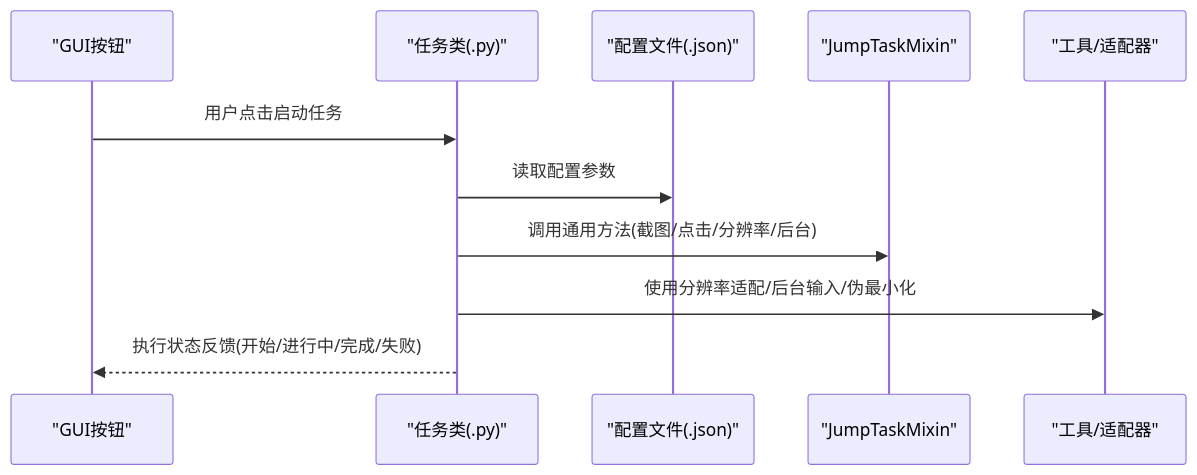
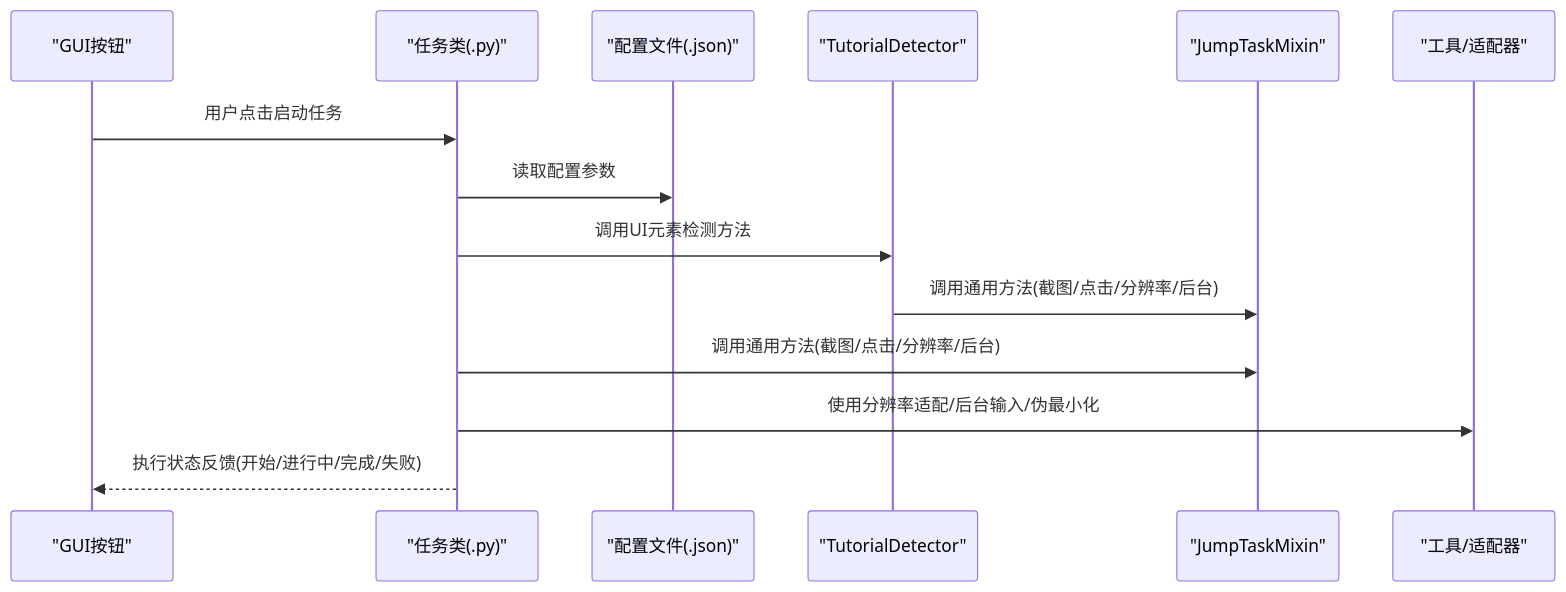
The second of 8 diagrams in .qoder/repowiki/zh/content/配置系统/任务配置.md (xsy098-max/ok-jump), drawn with Mermaid before and after one commit. The commit also changed other lines of this file and 13 other files, not shown here.

````diff
--- a/.qoder/repowiki/zh/content/配置系统/任务配置.md
+++ b/.qoder/repowiki/zh/content/配置系统/任务配置.md
@@ -162,13 +179,16 @@
 ```mermaid
 sequenceDiagram
 participant GUI as "GUI按钮"
 participant Task as "任务类(.py)"
 participant Config as "配置文件(.json)"
+participant Detector as "TutorialDetector"
 participant Mixin as "JumpTaskMixin"
 participant Utils as "工具/适配器"
 GUI->>Task : 用户点击启动任务
 Task->>Config : 读取配置参数
+Task->>Detector : 调用UI元素检测方法
+Detector->>Mixin : 调用通用方法(截图/点击/分辨率/后台)
 Task->>Mixin : 调用通用方法(截图/点击/分辨率/后台)
 Task->>Utils : 使用分辨率适配/后台输入/伪最小化
 Task-->>GUI : 执行状态反馈(开始/进行中/完成/失败)
 ```
````
